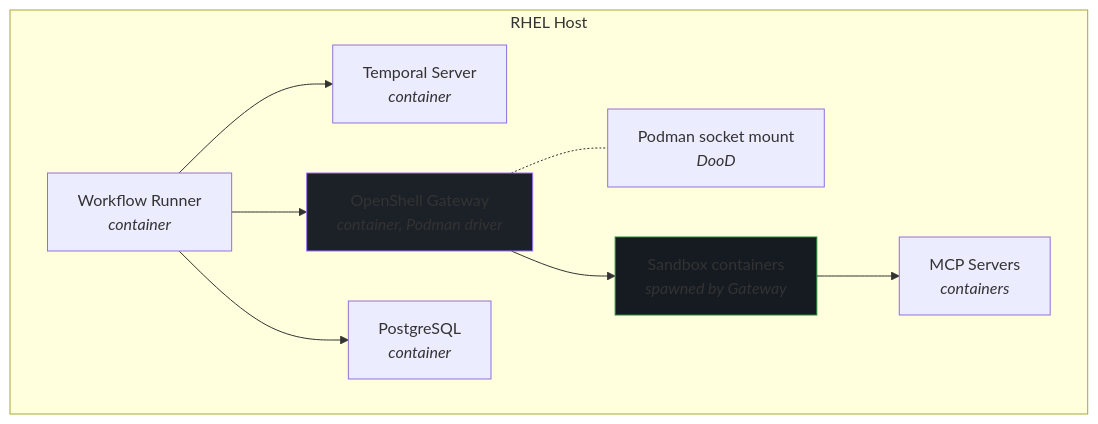
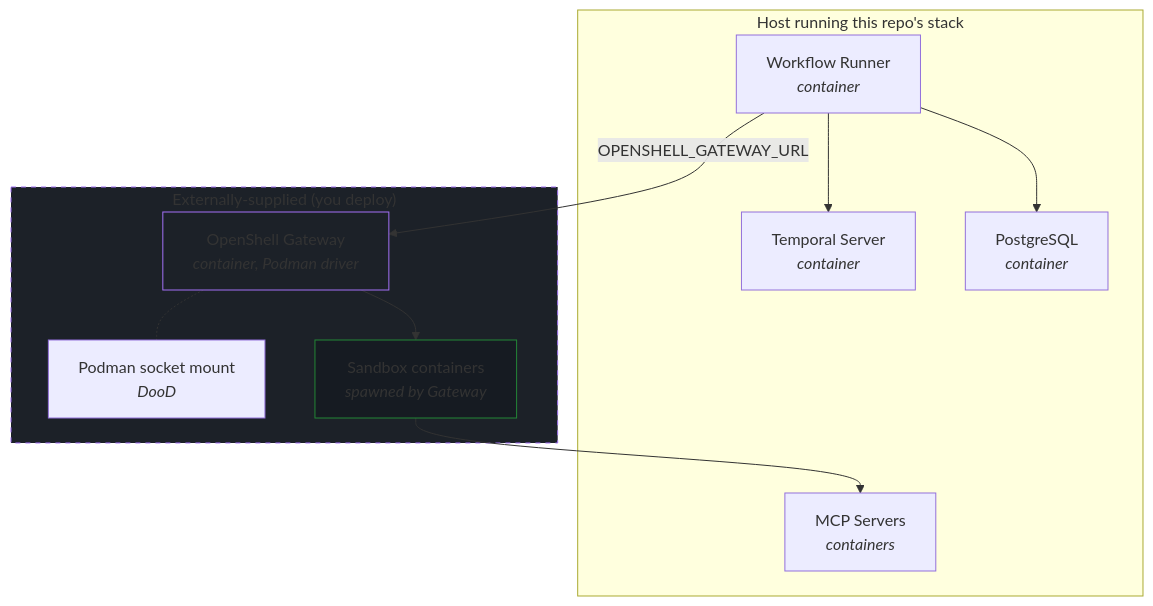
The second of 6 diagrams in docs/architecture-with-openshell.md (jameswnl/lightspeed-cloud-agents), drawn with Mermaid before and after one commit. The commit also changed other lines of this file, not shown here.

````diff
--- a/docs/architecture-with-openshell.md
+++ b/docs/architecture-with-openshell.md
@@ -90,21 +98,25 @@
 ```mermaid
 graph TD
-    subgraph host["RHEL Host"]
+    subgraph host["Host running this repo's stack"]
         TS["Temporal Server<br/><i>container</i>"]
         PG["PostgreSQL<br/><i>container</i>"]
         WR["Workflow Runner<br/><i>container</i>"]
+        MCP["MCP Servers<br/><i>containers</i>"]
+    end
+
+    subgraph external["Externally-supplied (you deploy)"]
         GW["OpenShell Gateway<br/><i>container, Podman driver</i>"]
         GW -.- SOCK["Podman socket mount<br/><i>DooD</i>"]
-        MCP["MCP Servers<br/><i>containers</i>"]
         SB["Sandbox containers<br/><i>spawned by Gateway</i>"]
     end
 
     WR --> TS
     WR --> PG
-    WR --> GW
+    WR -- "OPENSHELL_GATEWAY_URL" --> GW
     GW --> SB
     SB --> MCP
 
+    style external fill:#1c2128,stroke:#a371f7,stroke-dasharray: 5 5
     style GW fill:#1c2128,stroke:#a371f7
     style SB fill:#161b22,stroke:#238636
 ```
````
